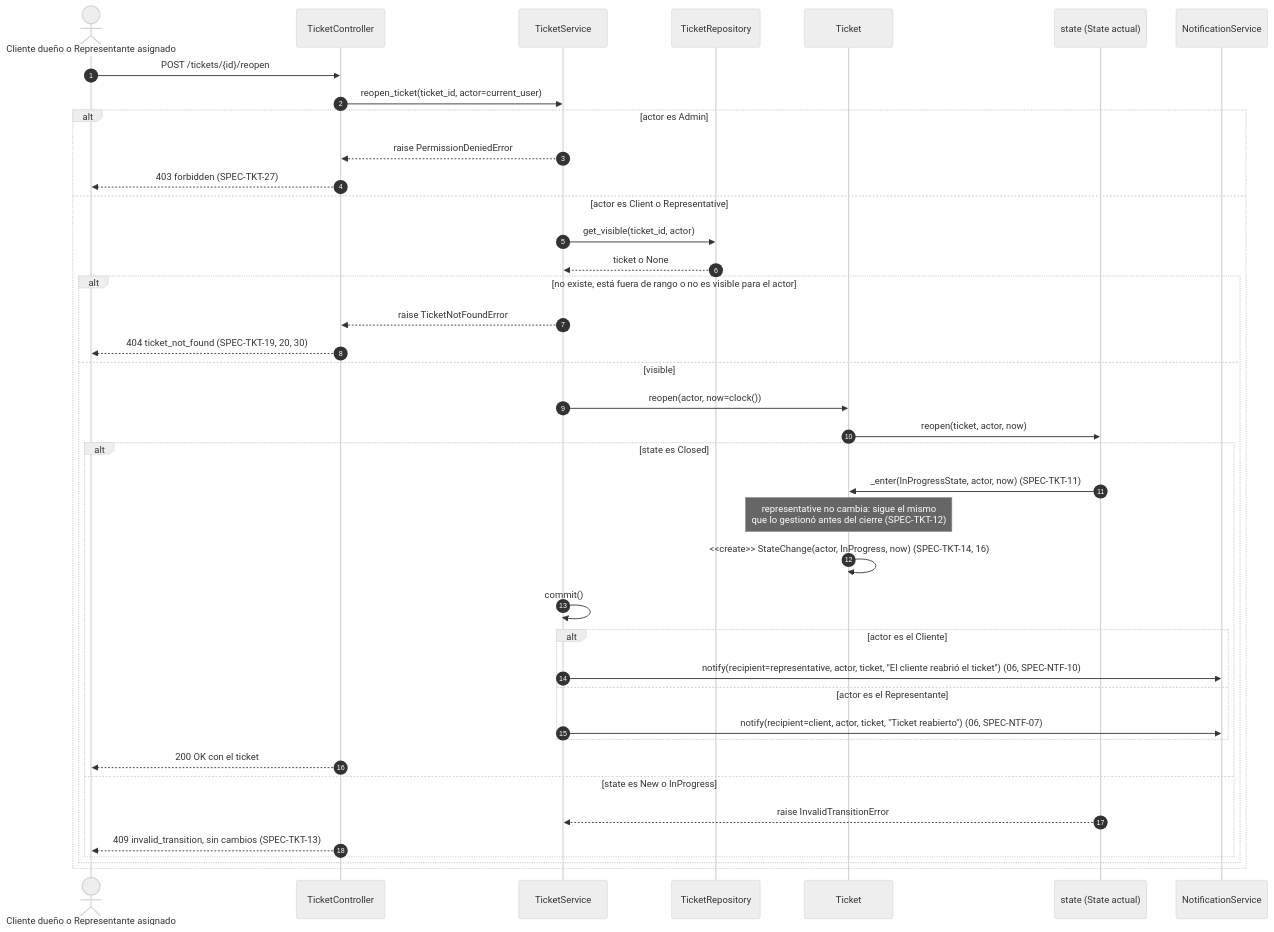
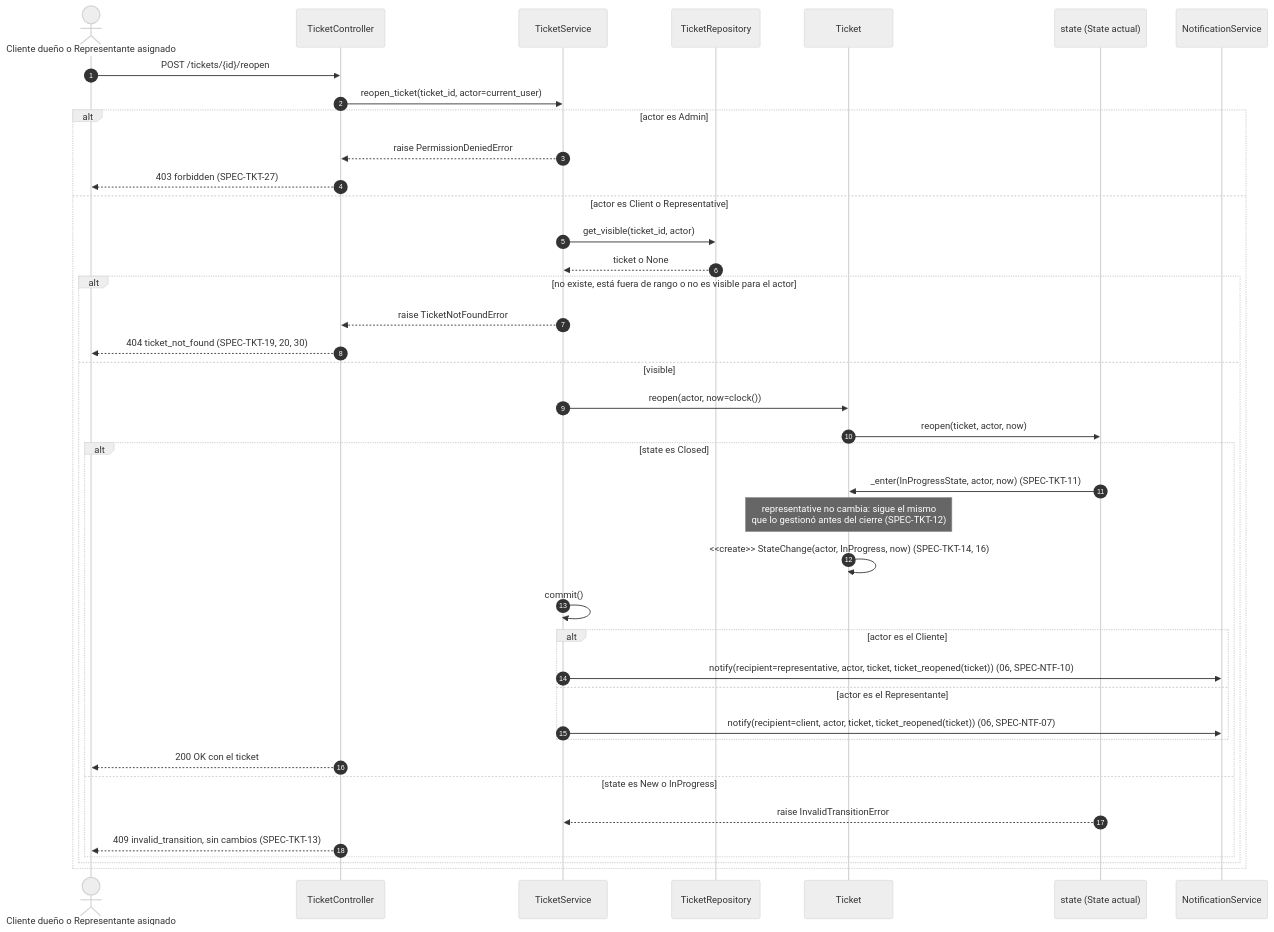
The third of 5 diagrams in diagrams/sequences/04-tickets.md (Diazfe-dev/AyED-III-python-ticket-service), drawn with Mermaid (neutral theme) before and after one commit. The commit also changed other lines of this file and 8 other files, not shown here.

Commit message:
docs(notification): sync diagrams, AGENTS.md and MEMORY.md

````diff
--- a/diagrams/sequences/04-tickets.md
+++ b/diagrams/sequences/04-tickets.md
@@ -117,43 +117,43 @@
 ```mermaid
 sequenceDiagram
     autonumber
     actor U as Cliente dueño o Representante asignado
     participant TC as TicketController
     participant TS as TicketService
     participant TR as TicketRepository
     participant T as Ticket
     participant S as state (State actual)
     participant NS as NotificationService
 
     U->>TC: POST /tickets/{id}/reopen
     TC->>TS: reopen_ticket(ticket_id, actor=current_user)
     alt actor es Admin
         TS-->>TC: raise PermissionDeniedError
         TC-->>U: 403 forbidden (SPEC-TKT-27)
     else actor es Client o Representative
         TS->>TR: get_visible(ticket_id, actor)
         TR-->>TS: ticket o None
         alt no existe, está fuera de rango o no es visible para el actor
             TS-->>TC: raise TicketNotFoundError
             TC-->>U: 404 ticket_not_found (SPEC-TKT-19, 20, 30)
         else visible
             TS->>T: reopen(actor, now=clock())
             T->>S: reopen(ticket, actor, now)
             alt state es Closed
                 S->>T: _enter(InProgressState, actor, now) (SPEC-TKT-11)
                 Note over T: representative no cambia: sigue el mismo<br/>que lo gestionó antes del cierre (SPEC-TKT-12)
                 T->>T: <<create>> StateChange(actor, InProgress, now) (SPEC-TKT-14, 16)
                 TS->>TS: commit()
                 alt actor es el Cliente
-                    TS->>NS: notify(recipient=representative, actor, ticket, "El cliente reabrió el ticket") (06, SPEC-NTF-10)
+                    TS->>NS: notify(recipient=representative, actor, ticket, ticket_reopened(ticket)) (06, SPEC-NTF-10)
                 else actor es el Representante
-                    TS->>NS: notify(recipient=client, actor, ticket, "Ticket reabierto") (06, SPEC-NTF-07)
+                    TS->>NS: notify(recipient=client, actor, ticket, ticket_reopened(ticket)) (06, SPEC-NTF-07)
                 end
                 TC-->>U: 200 OK con el ticket
             else state es New o InProgress
                 S-->>TS: raise InvalidTransitionError
                 TC-->>U: 409 invalid_transition, sin cambios (SPEC-TKT-13)
             end
         end
     end
 ```
````
